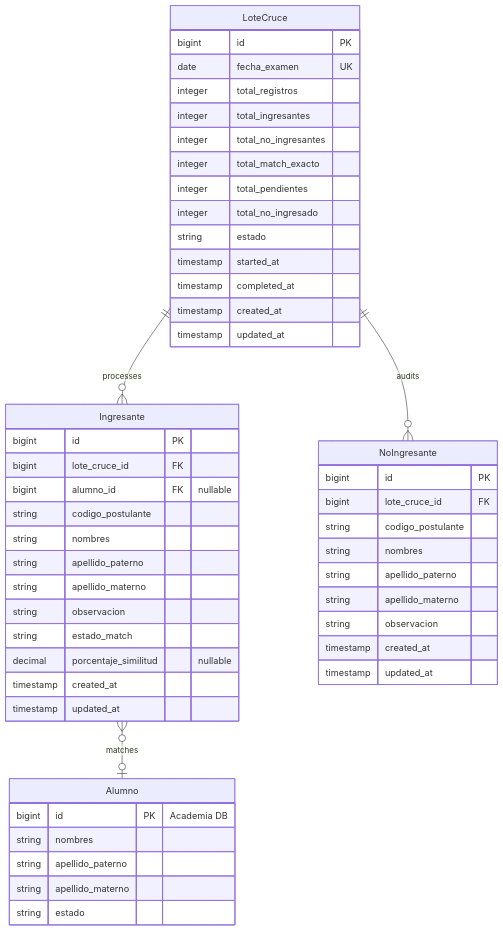
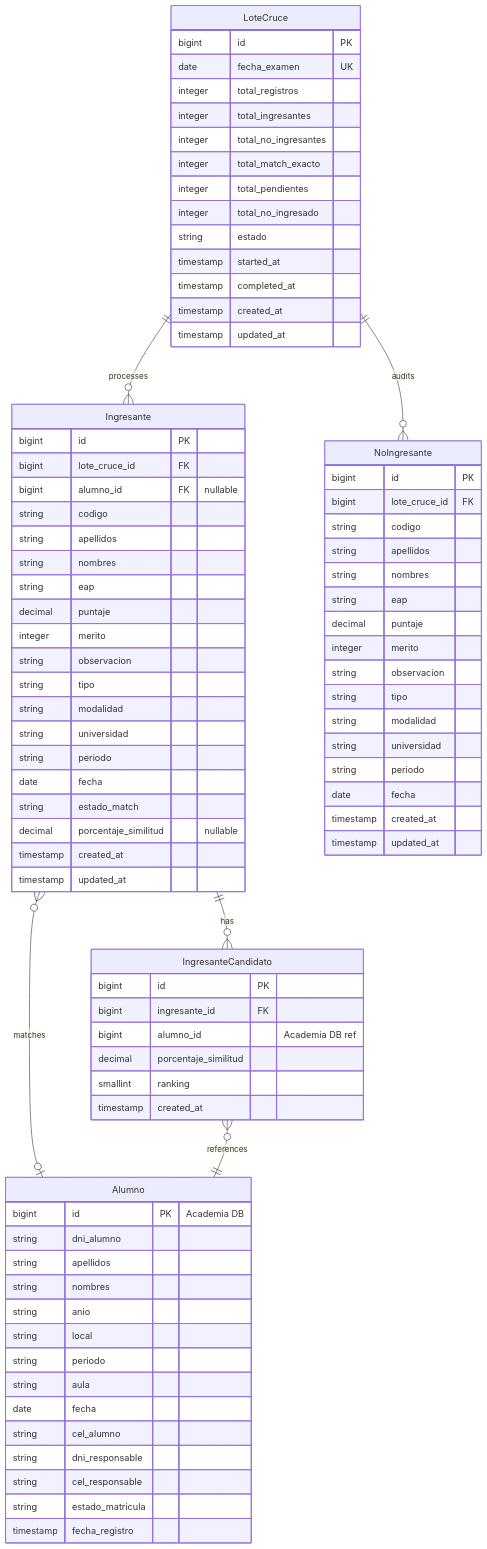
One commit to renzo971/proyectovonex changed the diagram in .specify/specs/001-motor-cruce-ingresantes/data-model.md. Above: the diagram before and after it, drawn with Mermaid. The commit also changed other lines of this file, not shown here.

````diff
--- a/.specify/specs/001-motor-cruce-ingresantes/data-model.md
+++ b/.specify/specs/001-motor-cruce-ingresantes/data-model.md
@@ -13,7 +13,9 @@
     LoteCruce ||--o{ Ingresante : processes
     LoteCruce ||--o{ NoIngresante : audits
     Ingresante }o--o| Alumno : matches
-    
+    Ingresante ||--o{ IngresanteCandidato : has
+    IngresanteCandidato }o--|| Alumno : references
+
     LoteCruce {
         bigint id PK
         date fecha_examen UK
@@ -34,11 +36,18 @@
         bigint id PK
         bigint lote_cruce_id FK
         bigint alumno_id FK "nullable"
-        string codigo_postulante
+        string codigo
+        string apellidos
         string nombres
-        string apellido_paterno
-        string apellido_materno
+        string eap
+        decimal puntaje
+        integer merito
         string observacion
+        string tipo
+        string modalidad
+        string universidad
+        string periodo
+        date fecha
         string estado_match
         decimal porcentaje_similitud "nullable"
         timestamp created_at
@@ -48,20 +57,45 @@
     NoIngresante {
         bigint id PK
         bigint lote_cruce_id FK
-        string codigo_postulante
+        string codigo
+        string apellidos
         string nombres
-        string apellido_paterno
-        string apellido_materno
+        string eap
+        decimal puntaje
+        integer merito
         string observacion
+        string tipo
+        string modalidad
+        string universidad
+        string periodo
+        date fecha
         timestamp created_at
         timestamp updated_at
     }
 
+    IngresanteCandidato {
+        bigint id PK
+        bigint ingresante_id FK
+        bigint alumno_id "Academia DB ref"
+        decimal porcentaje_similitud
+        smallint ranking
+        timestamp created_at
+    }
+
     Alumno {
         bigint id PK "Academia DB"
+        string dni_alumno
+        string apellidos
         string nombres
-        string apellido_paterno
-        string apellido_materno
-        string estado
+        string anio
+        string local
+        string periodo
+        string aula
+        date fecha
+        string cel_alumno
+        string dni_responsable
+        string cel_responsable
+        string estado_matricula
+        timestamp fecha_registro
     }
 ```
````
